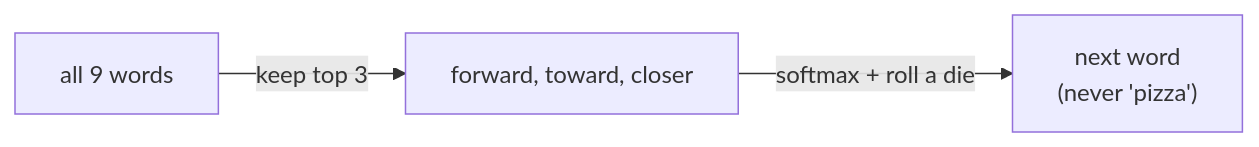
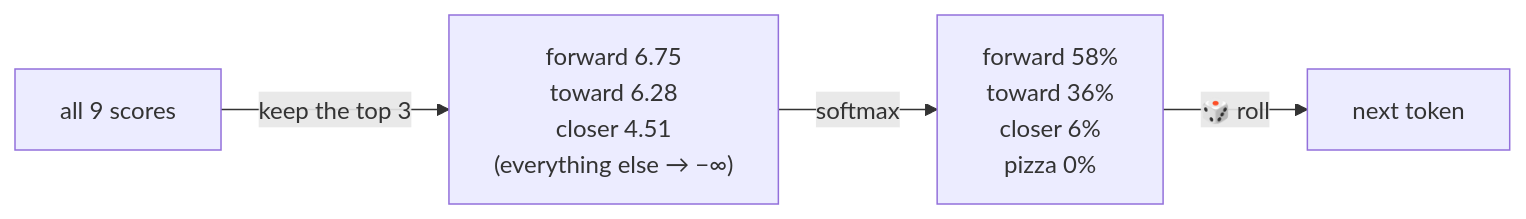
Before and after one commit to Ranjeet0611/tinygpt: the ninth of 12 diagrams in docs/07-generating-text.md, drawn with Mermaid. The commit also changed other lines of this file and 9 other files, not shown here.

````diff
--- a/docs/07-generating-text.md
+++ b/docs/07-generating-text.md
@@ -86,5 +140,6 @@
 ```mermaid
 flowchart LR
-    A["all 9 words"] -->|"keep top 3"| B["forward, toward, closer"]
-    B -->|"softmax + roll a die"| C["next word<br/>(never 'pizza')"]
+    A["all 9 scores"] -->|"keep the top 3"| B["forward 6.75<br/>toward 6.28<br/>closer 4.51<br/>(everything else → −∞)"]
+    B -->|"softmax"| C["forward 58%<br/>toward 36%<br/>closer 6%<br/>pizza 0%"]
+    C -->|"🎲 roll"| D["next token"]
 ```
````
